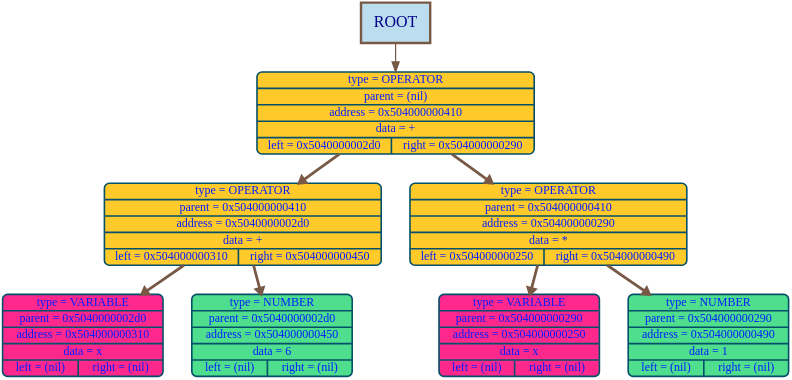
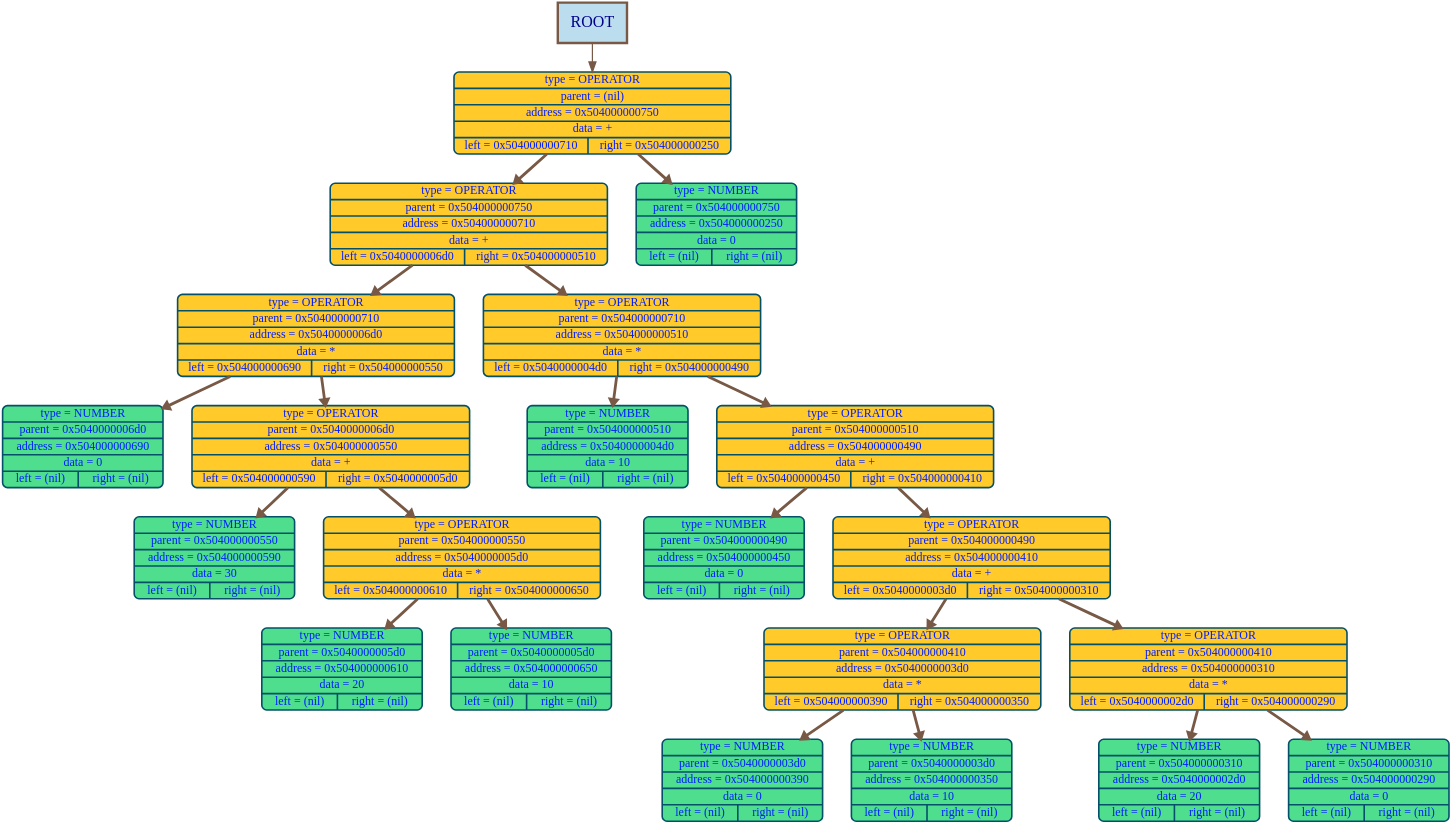
One commit to timoko3/diffirenciator changed the diagram in graphDumps/graphDump.dot. Above: the diagram before and after it, drawn with Graphviz. The commit also changed 21 other files, not shown here.

```diff
--- a/graphDumps/graphDump.dot
+++ b/graphDumps/graphDump.dot
@@ -1,22 +1,50 @@
 digraph G {
 bgcolor="transparent"
 nodesep = 1;
 ranksep = 1
 	node [shape=Mrecord, style="filled", fillcolor="#70c07cff", fontcolor="#001effff", color="#035068ff", penwidth=4, fontname="Menlo", fontsize=30];
 
-	node1040 [label="{type = OPERATOR | parent = (nil) | address = 0x504000000410 | data = + | {left = 0x5040000002d0 | right = 0x504000000290}} ", fillcolor="#ffca2aff"];
-	node720 [label="{type = OPERATOR | parent = 0x504000000410 | address = 0x5040000002d0 | data = + | {left = 0x504000000310 | right = 0x504000000450}} ", fillcolor="#ffca2aff"];
-	node784 [label="{type = VARIABLE | parent = 0x5040000002d0 | address = 0x504000000310 | data = x | {left = (nil) | right = (nil)}} ", fillcolor="#ff298dff"];
-	node1104 [label="{type = NUMBER | parent = 0x5040000002d0 | address = 0x504000000450 | data = 6 | {left = (nil) | right = (nil)}} ", fillcolor="#4ede8dff"];
-	node656 [label="{type = OPERATOR | parent = 0x504000000410 | address = 0x504000000290 | data = * | {left = 0x504000000250 | right = 0x504000000490}} ", fillcolor="#ffca2aff"];
-	node592 [label="{type = VARIABLE | parent = 0x504000000290 | address = 0x504000000250 | data = x | {left = (nil) | right = (nil)}} ", fillcolor="#ff298dff"];
-	node1168 [label="{type = NUMBER | parent = 0x504000000290 | address = 0x504000000490 | data = 1 | {left = (nil) | right = (nil)}} ", fillcolor="#4ede8dff"];
-node1040 ->node720 [color="#785946ff", arrowsize=1.5, penwidth=7, weight=1000];
-node720 ->node784 [color="#785946ff", arrowsize=1.5, penwidth=7, weight=1000];
-node720->node1104 [color="#785946ff", arrowsize=1.5, penwidth=7, weight=1000];
-node1040->node656 [color="#785946ff", arrowsize=1.5, penwidth=7, weight=1000];
-node656 ->node592 [color="#785946ff", arrowsize=1.5, penwidth=7, weight=1000];
-node656->node1168 [color="#785946ff", arrowsize=1.5, penwidth=7, weight=1000];
+	node1872 [label="{type = OPERATOR | parent = (nil) | address = 0x504000000750 | data = + | {left = 0x504000000710 | right = 0x504000000250}} ", fillcolor="#ffca2aff"];
+	node1808 [label="{type = OPERATOR | parent = 0x504000000750 | address = 0x504000000710 | data = + | {left = 0x5040000006d0 | right = 0x504000000510}} ", fillcolor="#ffca2aff"];
+	node1744 [label="{type = OPERATOR | parent = 0x504000000710 | address = 0x5040000006d0 | data = * | {left = 0x504000000690 | right = 0x504000000550}} ", fillcolor="#ffca2aff"];
+	node1680 [label="{type = NUMBER | parent = 0x5040000006d0 | address = 0x504000000690 | data = 0 | {left = (nil) | right = (nil)}} ", fillcolor="#4ede8dff"];
+	node1360 [label="{type = OPERATOR | parent = 0x5040000006d0 | address = 0x504000000550 | data = + | {left = 0x504000000590 | right = 0x5040000005d0}} ", fillcolor="#ffca2aff"];
+	node1424 [label="{type = NUMBER | parent = 0x504000000550 | address = 0x504000000590 | data = 30 | {left = (nil) | right = (nil)}} ", fillcolor="#4ede8dff"];
+	node1488 [label="{type = OPERATOR | parent = 0x504000000550 | address = 0x5040000005d0 | data = * | {left = 0x504000000610 | right = 0x504000000650}} ", fillcolor="#ffca2aff"];
+	node1552 [label="{type = NUMBER | parent = 0x5040000005d0 | address = 0x504000000610 | data = 20 | {left = (nil) | right = (nil)}} ", fillcolor="#4ede8dff"];
+	node1616 [label="{type = NUMBER | parent = 0x5040000005d0 | address = 0x504000000650 | data = 10 | {left = (nil) | right = (nil)}} ", fillcolor="#4ede8dff"];
+	node1296 [label="{type = OPERATOR | parent = 0x504000000710 | address = 0x504000000510 | data = * | {left = 0x5040000004d0 | right = 0x504000000490}} ", fillcolor="#ffca2aff"];
+	node1232 [label="{type = NUMBER | parent = 0x504000000510 | address = 0x5040000004d0 | data = 10 | {left = (nil) | right = (nil)}} ", fillcolor="#4ede8dff"];
+	node1168 [label="{type = OPERATOR | parent = 0x504000000510 | address = 0x504000000490 | data = + | {left = 0x504000000450 | right = 0x504000000410}} ", fillcolor="#ffca2aff"];
+	node1104 [label="{type = NUMBER | parent = 0x504000000490 | address = 0x504000000450 | data = 0 | {left = (nil) | right = (nil)}} ", fillcolor="#4ede8dff"];
+	node1040 [label="{type = OPERATOR | parent = 0x504000000490 | address = 0x504000000410 | data = + | {left = 0x5040000003d0 | right = 0x504000000310}} ", fillcolor="#ffca2aff"];
+	node976 [label="{type = OPERATOR | parent = 0x504000000410 | address = 0x5040000003d0 | data = * | {left = 0x504000000390 | right = 0x504000000350}} ", fillcolor="#ffca2aff"];
+	node912 [label="{type = NUMBER | parent = 0x5040000003d0 | address = 0x504000000390 | data = 0 | {left = (nil) | right = (nil)}} ", fillcolor="#4ede8dff"];
+	node848 [label="{type = NUMBER | parent = 0x5040000003d0 | address = 0x504000000350 | data = 10 | {left = (nil) | right = (nil)}} ", fillcolor="#4ede8dff"];
+	node784 [label="{type = OPERATOR | parent = 0x504000000410 | address = 0x504000000310 | data = * | {left = 0x5040000002d0 | right = 0x504000000290}} ", fillcolor="#ffca2aff"];
+	node720 [label="{type = NUMBER | parent = 0x504000000310 | address = 0x5040000002d0 | data = 20 | {left = (nil) | right = (nil)}} ", fillcolor="#4ede8dff"];
+	node656 [label="{type = NUMBER | parent = 0x504000000310 | address = 0x504000000290 | data = 0 | {left = (nil) | right = (nil)}} ", fillcolor="#4ede8dff"];
+	node592 [label="{type = NUMBER | parent = 0x504000000750 | address = 0x504000000250 | data = 0 | {left = (nil) | right = (nil)}} ", fillcolor="#4ede8dff"];
+node1872 ->node1808 [color="#785946ff", arrowsize=1.5, penwidth=7, weight=1000];
+node1808 ->node1744 [color="#785946ff", arrowsize=1.5, penwidth=7, weight=1000];
+node1744 ->node1680 [color="#785946ff", arrowsize=1.5, penwidth=7, weight=1000];
+node1744->node1360 [color="#785946ff", arrowsize=1.5, penwidth=7, weight=1000];
+node1360 ->node1424 [color="#785946ff", arrowsize=1.5, penwidth=7, weight=1000];
+node1360->node1488 [color="#785946ff", arrowsize=1.5, penwidth=7, weight=1000];
+node1488 ->node1552 [color="#785946ff", arrowsize=1.5, penwidth=7, weight=1000];
+node1488->node1616 [color="#785946ff", arrowsize=1.5, penwidth=7, weight=1000];
+node1808->node1296 [color="#785946ff", arrowsize=1.5, penwidth=7, weight=1000];
+node1296 ->node1232 [color="#785946ff", arrowsize=1.5, penwidth=7, weight=1000];
+node1296->node1168 [color="#785946ff", arrowsize=1.5, penwidth=7, weight=1000];
+node1168 ->node1104 [color="#785946ff", arrowsize=1.5, penwidth=7, weight=1000];
+node1168->node1040 [color="#785946ff", arrowsize=1.5, penwidth=7, weight=1000];
+node1040 ->node976 [color="#785946ff", arrowsize=1.5, penwidth=7, weight=1000];
+node976 ->node912 [color="#785946ff", arrowsize=1.5, penwidth=7, weight=1000];
+node976->node848 [color="#785946ff", arrowsize=1.5, penwidth=7, weight=1000];
+node1040->node784 [color="#785946ff", arrowsize=1.5, penwidth=7, weight=1000];
+node784 ->node720 [color="#785946ff", arrowsize=1.5, penwidth=7, weight=1000];
+node784->node656 [color="#785946ff", arrowsize=1.5, penwidth=7, weight=1000];
+node1872->node592 [color="#785946ff", arrowsize=1.5, penwidth=7, weight=1000];
 root_label [shape=box, width = 2.4, height = 1.4, label="ROOT", style="filled", fillcolor="#BBDDEE", color="#785946ff", penwidth = 6,  fontcolor="darkblue", fontsize = 40];
-root_label -> node1040 [color="#785946ff"  , arrowsize=2.5, penwidth=3];
+root_label -> node1872 [color="#785946ff"  , arrowsize=2.5, penwidth=3];
 }
```
